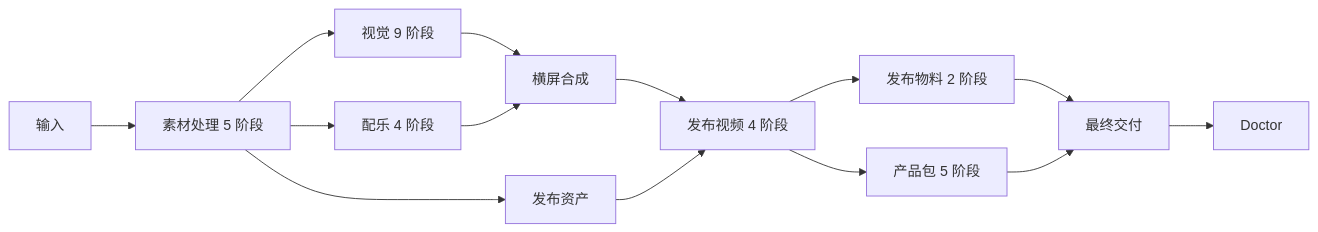
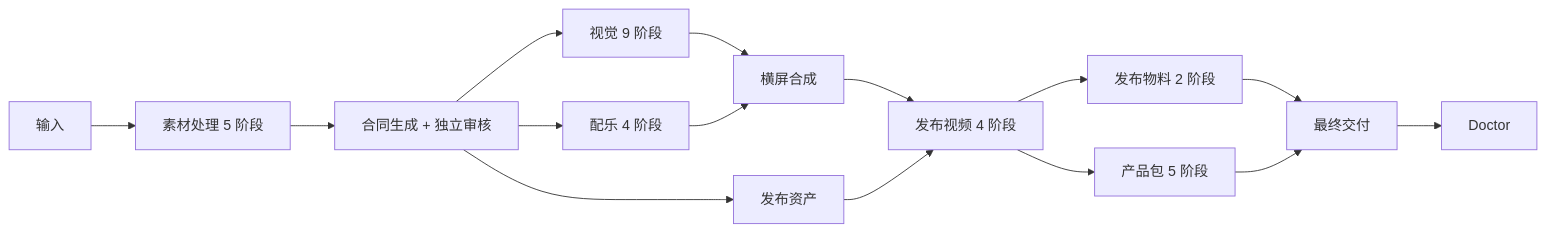
The diagram in docs/architecture/stage-dag.md (LiuDaring1/story-agent-production-system), drawn with Mermaid before and after one commit. The commit also changed other lines of this file and 11 other files, not shown here.

````diff
--- a/docs/architecture/stage-dag.md
+++ b/docs/architecture/stage-dag.md
@@ -19,16 +20,17 @@
 ```mermaid
 flowchart LR
     I["输入"] --> SE["素材处理 5 阶段"]
-    SE --> VI["视觉 9 阶段"]
-    SE --> MU["配乐 4 阶段"]
-    SE --> RA["发布资产"]
+    SE --> CT["合同生成 + 独立审核"]
+    CT --> VI["视觉 9 阶段"]
+    CT --> MU["配乐 4 阶段"]
+    CT --> RA["发布资产"]
     VI --> A["横屏合成"]
     MU --> A
     A --> RP["发布视频 4 阶段"]
     RA --> RP
     RP --> PUB["发布物料 2 阶段"]
     RP --> PROD["产品包 5 阶段"]
     PUB --> FD["最终交付"]
     PROD --> FD
     FD --> DR["Doctor"]
 ```
````
